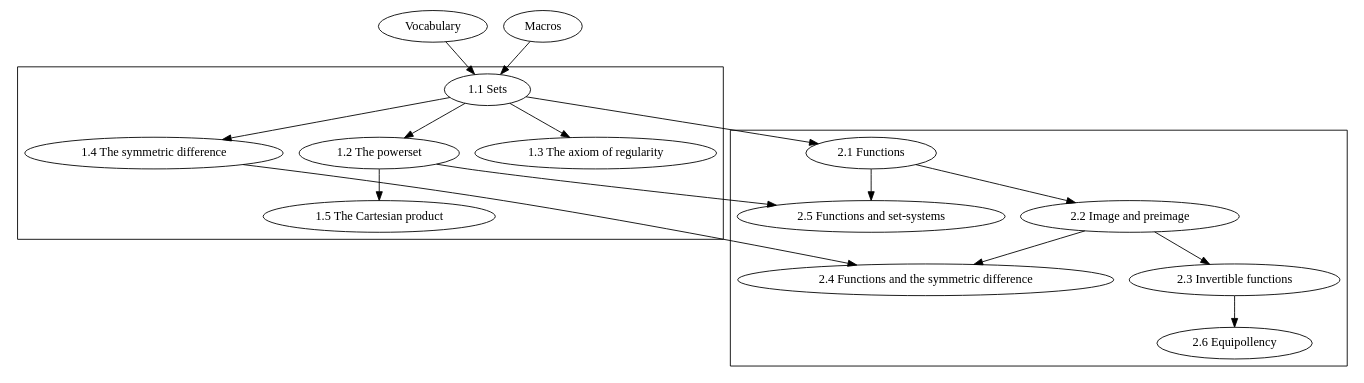
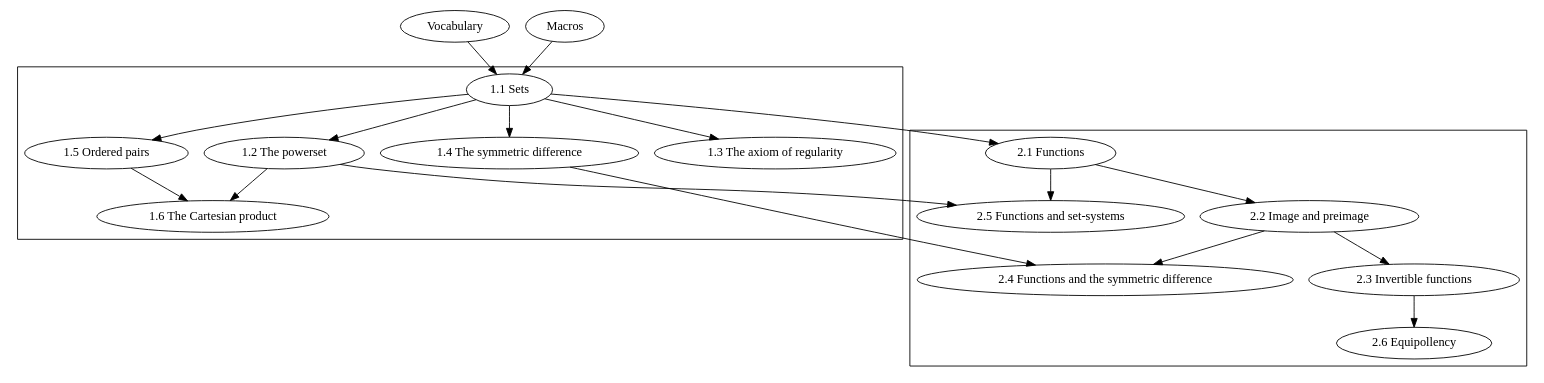
Before and after one commit to naproche/naproche: the diagram in examples/set-theory/dependency-graph/graph.dot, drawn with Graphviz. The commit also changed 15 other files, not shown here.

```diff
--- a/examples/set-theory/dependency-graph/graph.dot
+++ b/examples/set-theory/dependency-graph/graph.dot
@@ -1,34 +1,36 @@
 digraph Sections {
   vocab [label = "Vocabulary"]
   macros [label = "Macros"]
 
   subgraph cluster_1 {
     set_01 [label = "1.1 Sets"]
     set_02 [label = "1.2 The powerset"]
     set_03 [label = "1.3 The axiom of regularity"]
     set_04 [label = "1.4 The symmetric difference"]
-    set_05 [label = "1.5 The Cartesian product"]
+    set_05 [label = "1.5 Ordered pairs"]
+    set_06 [label = "1.6 The Cartesian product"]
   }
 
   subgraph cluster_2 {
     fun_01 [label = "2.1 Functions"]
     fun_02 [label = "2.2 Image and preimage"]
     fun_03 [label = "2.3 Invertible functions"]
     fun_04 [label = "2.4 Functions and the symmetric difference"]
     fun_05 [label = "2.5 Functions and set-systems"]
     fun_06 [label = "2.6 Equipollency"]
   }
 
   /* 1.1 */ vocab, macros   -> set_01
   /* 1.2 */ set_01          -> set_02
   /* 1.3 */ set_01          -> set_03
   /* 1.4 */ set_01          -> set_04
-  /* 1.5 */ set_02          -> set_05
+  /* 1.5 */ set_01          -> set_05
+  /* 1.6 */ set_02, set_05  -> set_06
 
   /* 2.1 */ set_01          -> fun_01
   /* 2.2 */ fun_01          -> fun_02
   /* 2.3 */ fun_02          -> fun_03
   /* 2.4 */ set_04, fun_02  -> fun_04
   /* 2.5 */ set_02, fun_01  -> fun_05
   /* 2.6 */ fun_03          -> fun_06
 }
```
